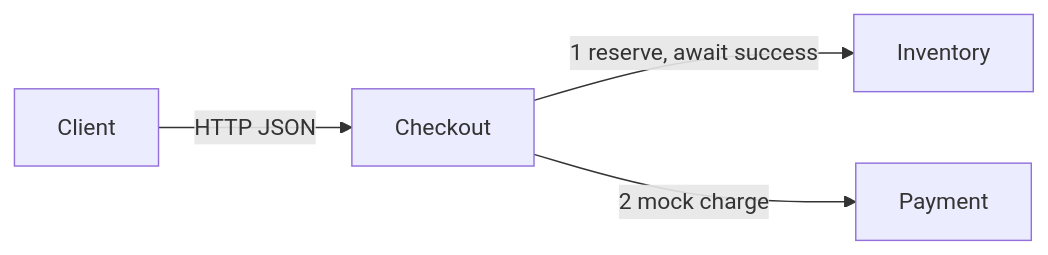
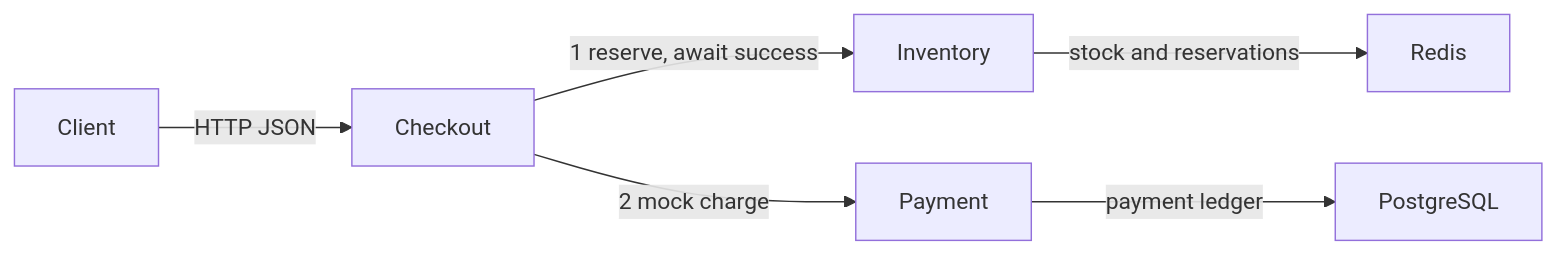
One commit to OzielSauceda/aegis-resilience-platform changed the first of 2 diagrams in docs/architecture/architecture-v0.md. Above: the diagram before and after it, drawn with Mermaid. The commit also changed other lines of this file and 25 other files, not shown here.

````diff
--- a/docs/architecture/architecture-v0.md
+++ b/docs/architecture/architecture-v0.md
@@ -7,6 +7,8 @@
 ```mermaid
 flowchart LR
     Client -->|HTTP JSON| Checkout
     Checkout -->|1 reserve, await success| Inventory
     Checkout -->|2 mock charge| Payment
+    Inventory -->|stock and reservations| Redis
+    Payment -->|payment ledger| PostgreSQL
 ```
````
